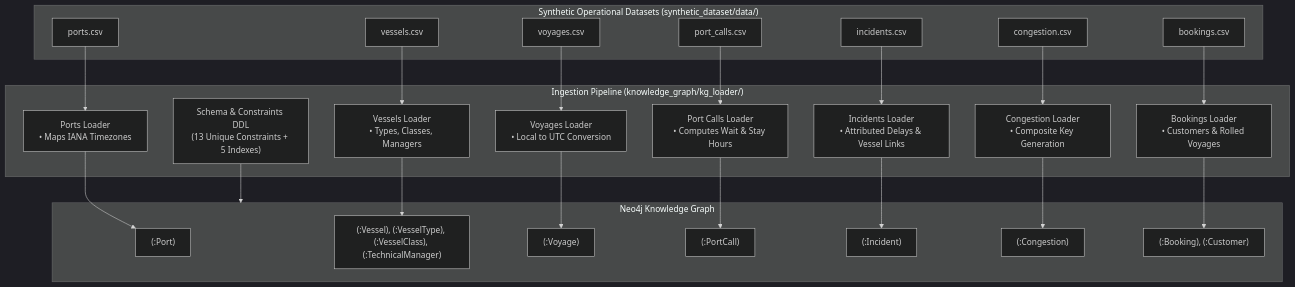
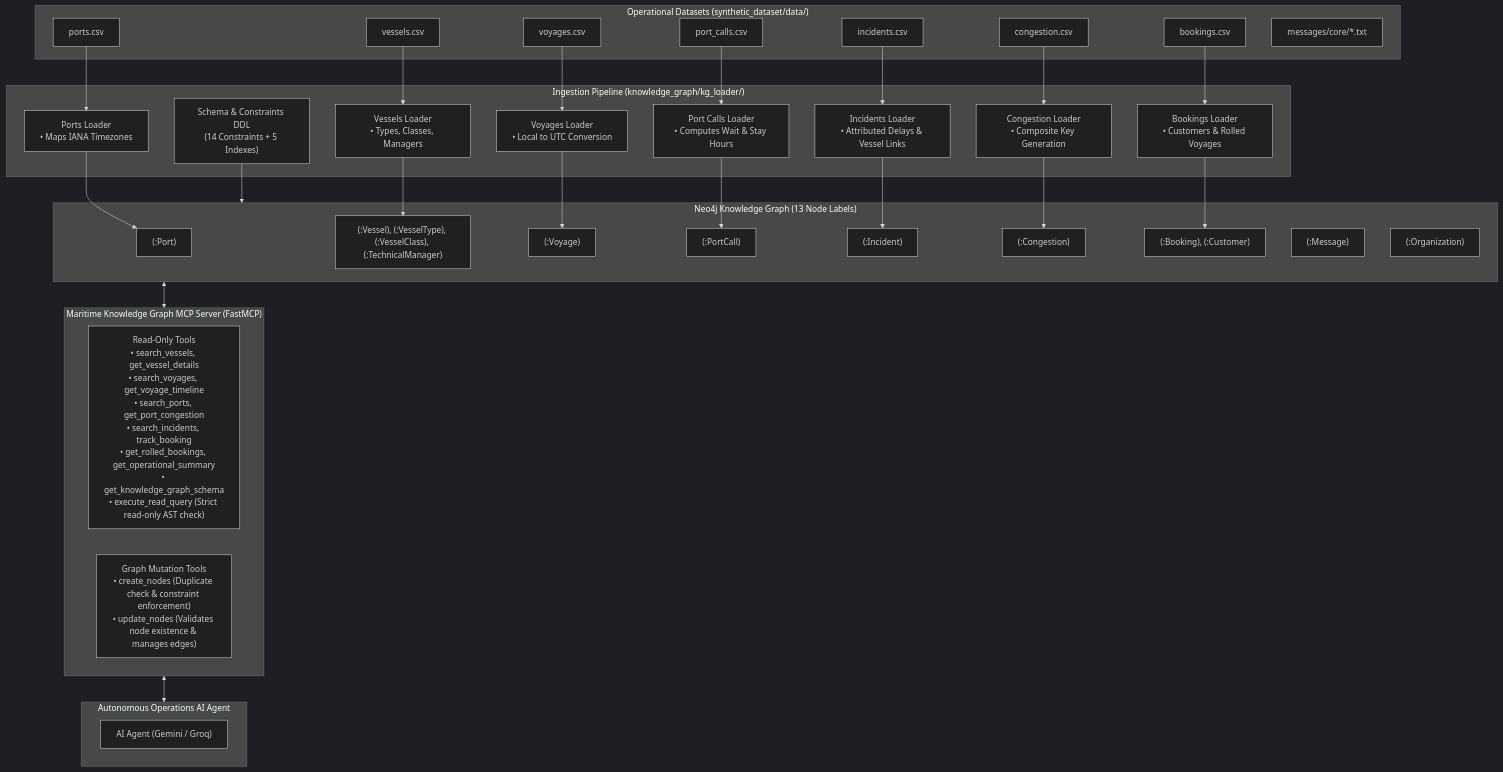
One commit to Gokul-panneerselvam/maritime-assistant changed the diagram in README.md. Above: the diagram before and after it, drawn with Mermaid (dark theme). The commit also changed other lines of this file and 17 other files, not shown here.

Commit message:
feat(mcp): implement maritime knowledge graph MCP server with query, schema, and node mutation tools

````diff
--- a/README.md
+++ b/README.md
@@ -9,42 +11,57 @@
 ```mermaid
 flowchart TD
-    subgraph DataSources["Synthetic Operational Datasets (synthetic_dataset/data/)"]
+    subgraph DataSources["Operational Datasets (synthetic_dataset/data/)"]
         P["ports.csv"]
         V["vessels.csv"]
         Voy["voyages.csv"]
         PC["port_calls.csv"]
         Inc["incidents.csv"]
         Cg["congestion.csv"]
         Bk["bookings.csv"]
+        Msg["messages/core/*.txt"]
     end
 
     subgraph Pipeline["Ingestion Pipeline (knowledge_graph/kg_loader/)"]
-        Sch["Schema & Constraints DDL<br/>(13 Unique Constraints + 5 Indexes)"]
+        Sch["Schema & Constraints DDL<br/>(14 Constraints + 5 Indexes)"]
         PLoad["Ports Loader<br/>• Maps IANA Timezones"]
         VLoad["Vessels Loader<br/>• Types, Classes, Managers"]
         VoyLoad["Voyages Loader<br/>• Local to UTC Conversion"]
         PCLoad["Port Calls Loader<br/>• Computes Wait & Stay Hours"]
         IncLoad["Incidents Loader<br/>• Attributed Delays & Vessel Links"]
         CgLoad["Congestion Loader<br/>• Composite Key Generation"]
         BkLoad["Bookings Loader<br/>• Customers & Rolled Voyages"]
     end
 
-    subgraph Neo4j["Neo4j Knowledge Graph"]
+    subgraph Neo4j["Neo4j Knowledge Graph (13 Node Labels)"]
         NodePort["(:Port)"]
         NodeVessel["(:Vessel), (:VesselType), (:VesselClass), (:TechnicalManager)"]
         NodeVoyage["(:Voyage)"]
         NodePC["(:PortCall)"]
         NodeInc["(:Incident)"]
         NodeCg["(:Congestion)"]
         NodeBk["(:Booking), (:Customer)"]
+        NodeMsg["(:Message)"]
+        NodeOrg["(:Organization)"]
+    end
+
+    subgraph MCPServer["Maritime Knowledge Graph MCP Server (FastMCP)"]
+        ReadTools["Read-Only Tools<br/>• search_vessels, get_vessel_details<br/>• search_voyages, get_voyage_timeline<br/>• search_ports, get_port_congestion<br/>• search_incidents, track_booking<br/>• get_rolled_bookings, get_operational_summary<br/>• get_knowledge_graph_schema<br/>• execute_read_query (Strict read-only AST check)"]
+        MutationTools["Graph Mutation Tools<br/>• create_nodes (Duplicate check & constraint enforcement)<br/>• update_nodes (Validates node existence & manages edges)"]
+    end
+
+    subgraph Agent["Autonomous Operations AI Agent"]
+        LLM["AI Agent (Gemini / Groq)"]
     end
 
     Sch --> Neo4j
     P --> PLoad --> NodePort
     V --> VLoad --> NodeVessel
     Voy --> VoyLoad --> NodeVoyage
     PC --> PCLoad --> NodePC
     Inc --> IncLoad --> NodeInc
     Cg --> CgLoad --> NodeCg
     Bk --> BkLoad --> NodeBk
+
+    Neo4j <--> MCPServer
+    MCPServer <--> Agent
 ```
````
